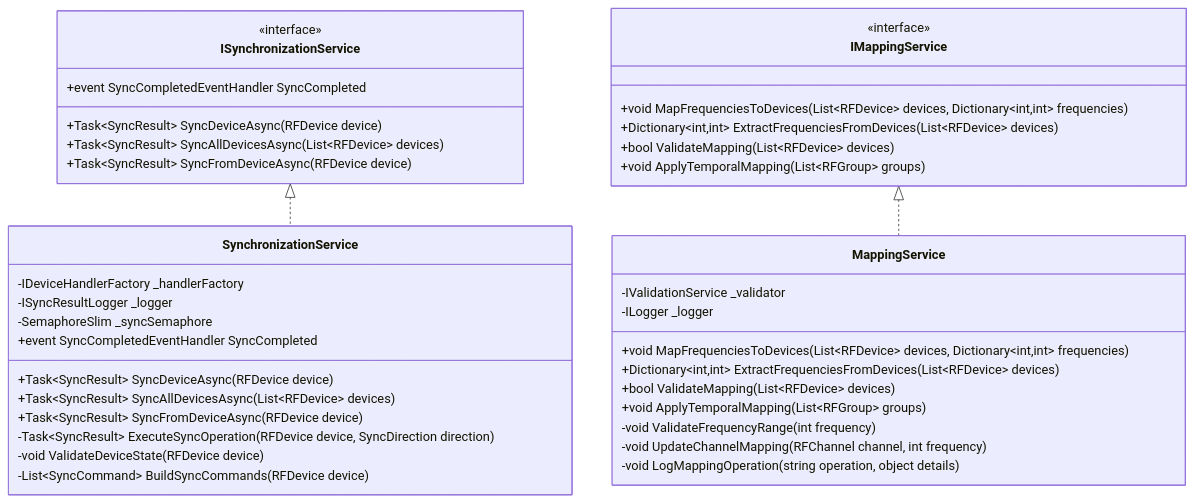
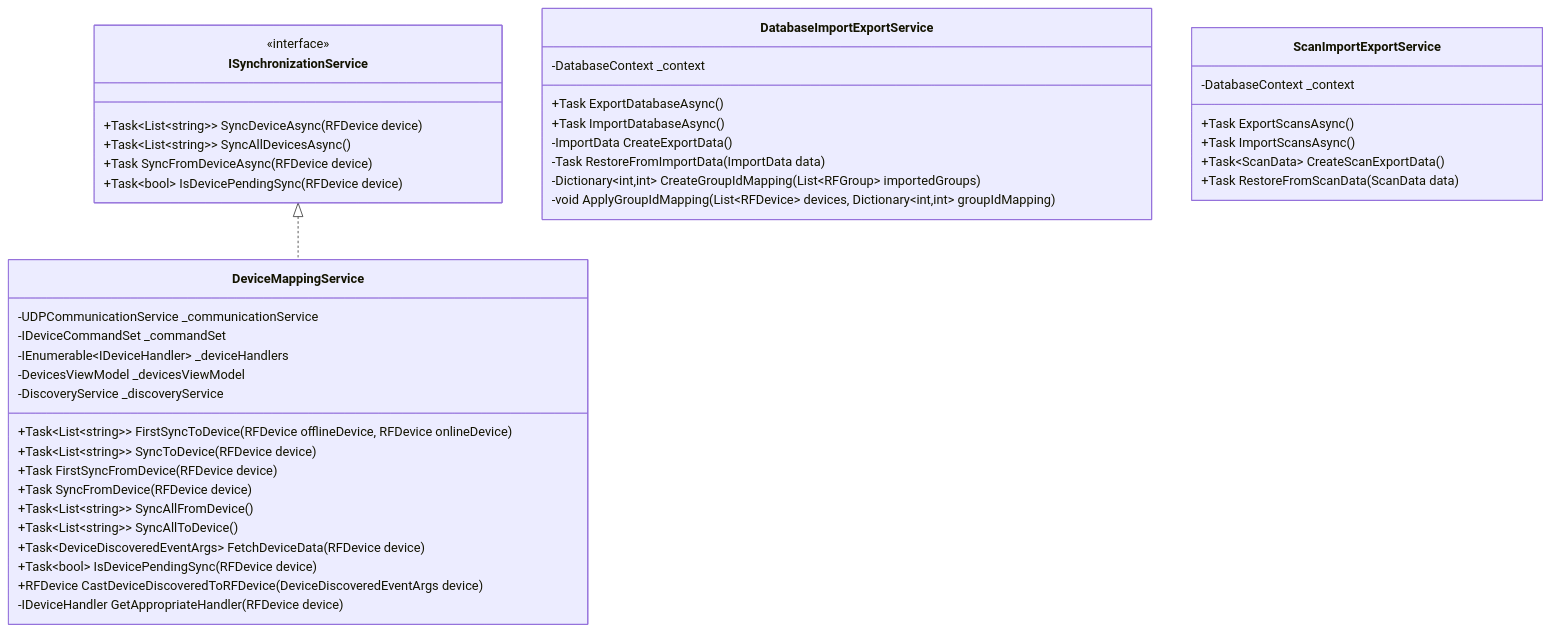
One commit to Beatwen/RF_Go changed the sixth of 13 diagrams in docusaurus/docs/uml-analysis/class-diagrams.md. Above: the diagram before and after it, drawn with Mermaid. The commit also changed other lines of this file and 123 other files, not shown here.

````diff
--- a/docusaurus/docs/uml-analysis/class-diagrams.md
+++ b/docusaurus/docs/uml-analysis/class-diagrams.md
@@ -260,48 +676,51 @@
 ```mermaid
 classDiagram
     class ISynchronizationService {
         <<interface>>
-        +Task~SyncResult~ SyncDeviceAsync(RFDevice device)
-        +Task~SyncResult~ SyncAllDevicesAsync(List~RFDevice~ devices)
-        +Task~SyncResult~ SyncFromDeviceAsync(RFDevice device)
-        +event SyncCompletedEventHandler SyncCompleted
+        +Task~List~string~~ SyncDeviceAsync(RFDevice device)
+        +Task~List~string~~ SyncAllDevicesAsync()
+        +Task SyncFromDeviceAsync(RFDevice device)
+        +Task~bool~ IsDevicePendingSync(RFDevice device)
     }
     
-    class SynchronizationService {
-        -IDeviceHandlerFactory _handlerFactory
-        -ISyncResultLogger _logger
-        -SemaphoreSlim _syncSemaphore
+    class DeviceMappingService {
+        -UDPCommunicationService _communicationService
+        -IDeviceCommandSet _commandSet
+        -IEnumerable~IDeviceHandler~ _deviceHandlers
+        -DevicesViewModel _devicesViewModel
+        -DiscoveryService _discoveryService
         
-        +Task~SyncResult~ SyncDeviceAsync(RFDevice device)
-        +Task~SyncResult~ SyncAllDevicesAsync(List~RFDevice~ devices)
-        +Task~SyncResult~ SyncFromDeviceAsync(RFDevice device)
-        +event SyncCompletedEventHandler SyncCompleted
-        -Task~SyncResult~ ExecuteSyncOperation(RFDevice device, SyncDirection direction)
-        -void ValidateDeviceState(RFDevice device)
-        -List~SyncCommand~ BuildSyncCommands(RFDevice device)
+        +Task~List~string~~ FirstSyncToDevice(RFDevice offlineDevice, RFDevice onlineDevice)
+        +Task~List~string~~ SyncToDevice(RFDevice device)
+        +Task FirstSyncFromDevice(RFDevice device)
+        +Task SyncFromDevice(RFDevice device)
+        +Task~List~string~~ SyncAllFromDevice()
+        +Task~List~string~~ SyncAllToDevice()
+        +Task~DeviceDiscoveredEventArgs~ FetchDeviceData(RFDevice device)
+        +Task~bool~ IsDevicePendingSync(RFDevice device)
+        +RFDevice CastDeviceDiscoveredToRFDevice(DeviceDiscoveredEventArgs device)
+        -IDeviceHandler GetAppropriateHandler(RFDevice device)
     }
     
-    class IMappingService {
-        <<interface>>
-        +void MapFrequenciesToDevices(List~RFDevice~ devices, Dictionary~int,int~ frequencies)
-        +Dictionary~int,int~ ExtractFrequenciesFromDevices(List~RFDevice~ devices)
-        +bool ValidateMapping(List~RFDevice~ devices)
-        +void ApplyTemporalMapping(List~RFGroup~ groups)
+    class DatabaseImportExportService {
+        -DatabaseContext _context
+        
+        +Task ExportDatabaseAsync()
+        +Task ImportDatabaseAsync()
+        -ImportData CreateExportData()
+        -Task RestoreFromImportData(ImportData data)
+        -Dictionary~int,int~ CreateGroupIdMapping(List~RFGroup~ importedGroups)
+        -void ApplyGroupIdMapping(List~RFDevice~ devices, Dictionary~int,int~ groupIdMapping)
     }
     
-    class MappingService {
-        -IValidationService _validator
-        -ILogger _logger
+    class ScanImportExportService {
+        -DatabaseContext _context
         
-        +void MapFrequenciesToDevices(List~RFDevice~ devices, Dictionary~int,int~ frequencies)
-        +Dictionary~int,int~ ExtractFrequenciesFromDevices(List~RFDevice~ devices)
-        +bool ValidateMapping(List~RFDevice~ devices)
-        +void ApplyTemporalMapping(List~RFGroup~ groups)
-        -void ValidateFrequencyRange(int frequency)
-        -void UpdateChannelMapping(RFChannel channel, int frequency)
-        -void LogMappingOperation(string operation, object details)
+        +Task ExportScansAsync()
+        +Task ImportScansAsync()
+        +Task~ScanData~ CreateScanExportData()
+        +Task RestoreFromScanData(ScanData data)
     }
     
-    ISynchronizationService <|.. SynchronizationService
-    IMappingService <|.. MappingService
+    ISynchronizationService <|.. DeviceMappingService
 ```
````
